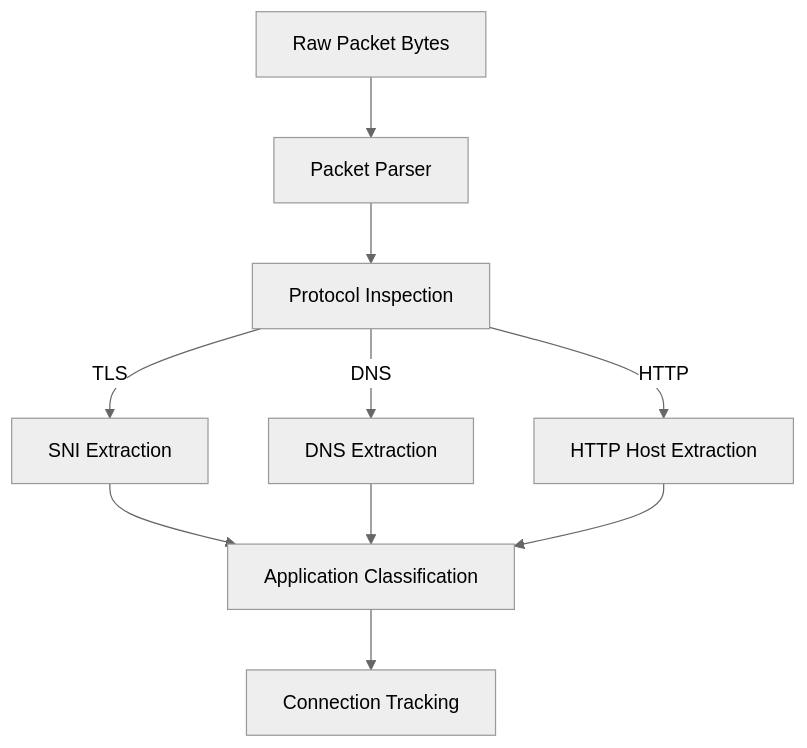
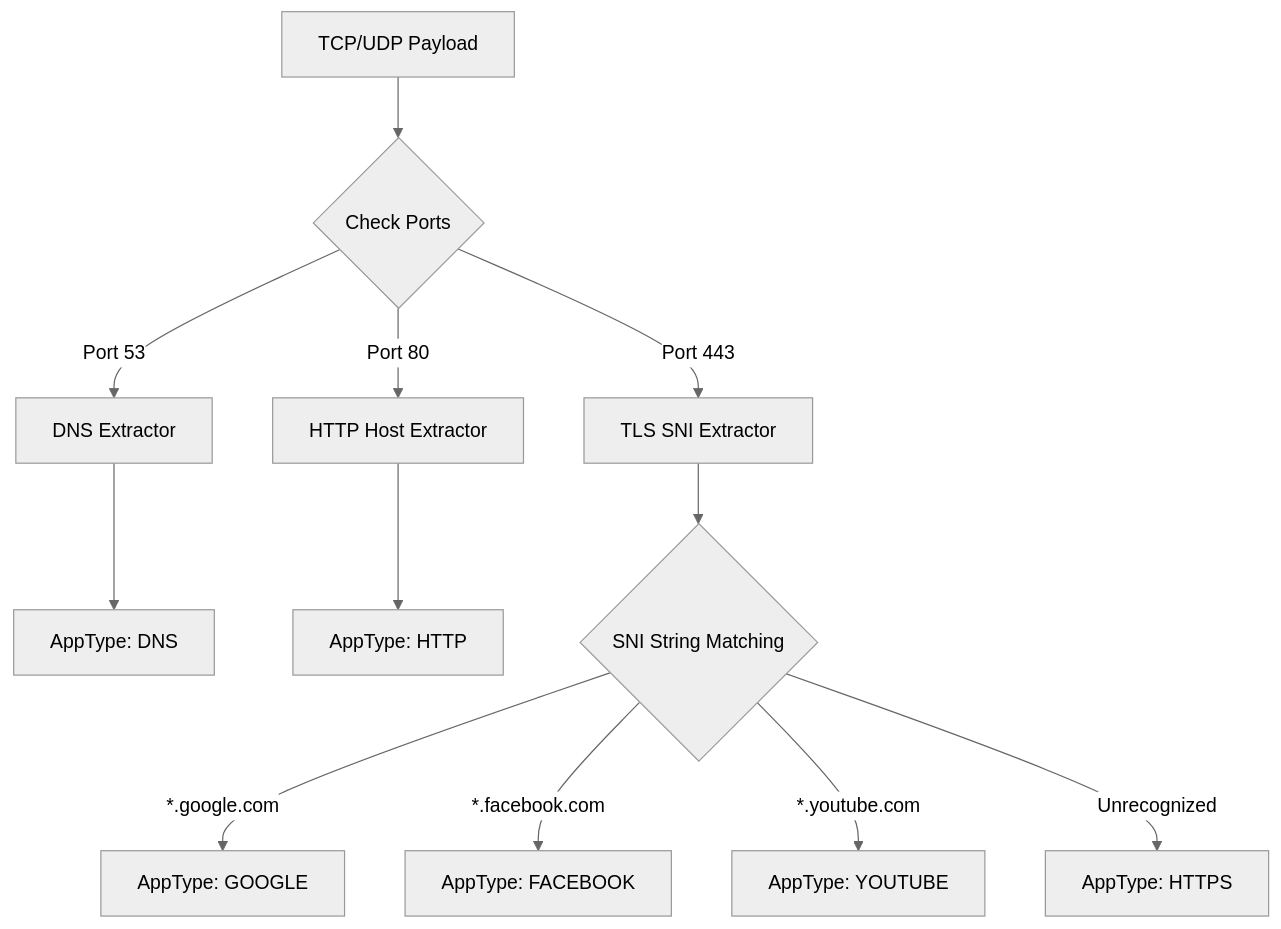
One commit to NamanKejriwal/DPI-Engine changed the third of 8 diagrams in README.md. Above: the diagram before and after it, drawn with Mermaid (neutral theme). The commit also changed other lines of this file and 7 other files, not shown here.

Commit message:
Add flow lifecycle management

````diff
--- a/README.md
+++ b/README.md
@@ -129,15 +164,16 @@
 ```mermaid
 flowchart TD
-    A[Raw Packet Bytes] --> B[Packet Parser]
-    B --> D[Protocol Inspection]
+    TCP_UDP[TCP/UDP Payload] --> PortCheck{Check Ports}
+    PortCheck -- Port 53 --> DNS[DNS Extractor]
+    PortCheck -- Port 80 --> HTTP[HTTP Host Extractor]
+    PortCheck -- Port 443 --> SNI[TLS SNI Extractor]
     
-    D -- TLS --> F[SNI Extraction]
-    D -- DNS --> G[DNS Extraction]
-    D -- HTTP --> H[HTTP Host Extraction]
+    DNS --> AppDNS[AppType: DNS]
+    HTTP --> AppHTTP[AppType: HTTP]
+    SNI --> ClassifySNI{SNI String Matching}
     
-    F --> I[Application Classification]
-    G --> I
-    H --> I
-    
-    I --> J[Connection Tracking]
+    ClassifySNI -- *.google.com --> Google[AppType: GOOGLE]
+    ClassifySNI -- *.facebook.com --> Facebook[AppType: FACEBOOK]
+    ClassifySNI -- *.youtube.com --> YouTube[AppType: YOUTUBE]
+    ClassifySNI -- Unrecognized --> HTTPS[AppType: HTTPS]
 ```
````
